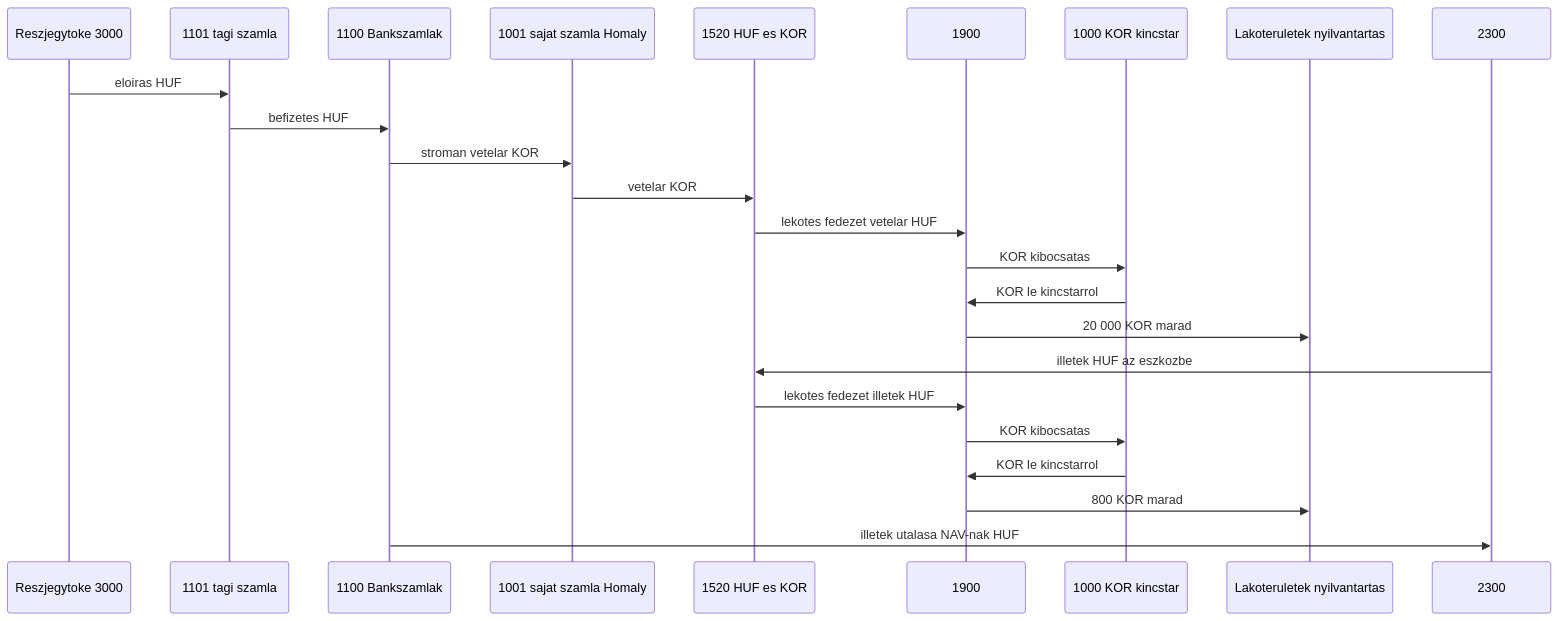
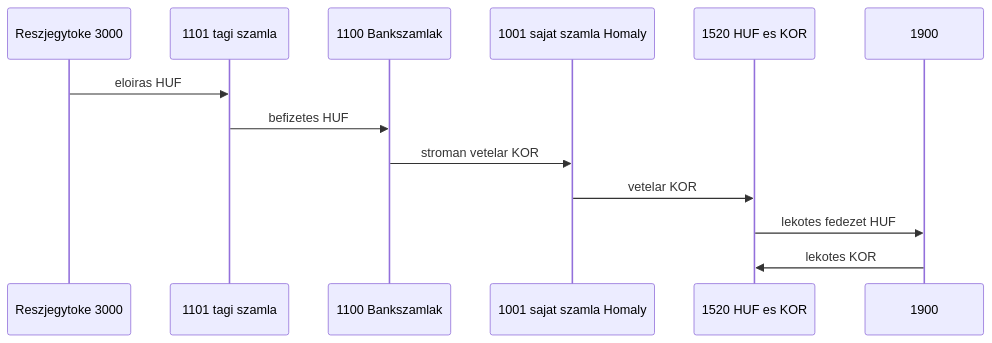
One commit to pitiboy/curr changed the fourth of 15 diagrams in docs/transaction-workflow.md. Above: the diagram before and after it, drawn with Mermaid. The commit also changed other lines of this file and 36 other files, not shown here.

````diff
--- a/docs/transaction-workflow.md
+++ b/docs/transaction-workflow.md
@@ -255,27 +239,16 @@
 ```mermaid
 sequenceDiagram
   participant Toke as Reszjegytoke 3000
   participant Tag as 1101 tagi szamla
   participant Bank as 1100 Bankszamlak
   participant Sajat as 1001 sajat szamla Homaly
   participant Ingatlan as 1520 HUF es KOR
   participant Atv as 1900
-  participant Kt as 1000 KOR kincstar
-  participant Nyilv as Lakoteruletek nyilvantartas
-  participant Ado as 2300
 
   Toke->>Tag: eloiras HUF
   Tag->>Bank: befizetes HUF
   Bank->>Sajat: stroman vetelar KOR
   Sajat->>Ingatlan: vetelar KOR
-  Ingatlan->>Atv: lekotes fedezet vetelar HUF
-  Atv->>Kt: KOR kibocsatas
-  Kt->>Atv: KOR le kincstarrol
-  Atv->>Nyilv: 20 000 KOR marad
-  Ado->>Ingatlan: illetek HUF az eszkozbe
-  Ingatlan->>Atv: lekotes fedezet illetek HUF
-  Atv->>Kt: KOR kibocsatas
-  Kt->>Atv: KOR le kincstarrol
-  Atv->>Nyilv: 800 KOR marad
-  Bank->>Ado: illetek utalasa NAV-nak HUF
+  Ingatlan->>Atv: lekotes fedezet HUF
+  Atv->>Ingatlan: lekotes KOR
 ```
````
